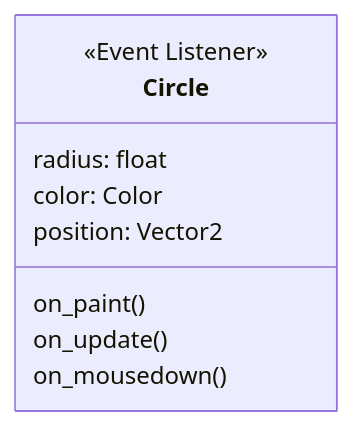
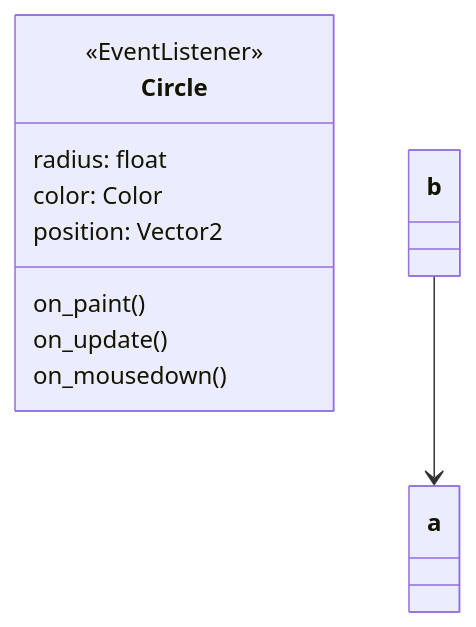
Before and after one commit to tank-king/katagames-docs: the diagram in clicker-game-new/game state.md, drawn with Mermaid. The commit also changed other lines of this file, not shown here.

````diff
--- a/clicker-game-new/game state.md
+++ b/clicker-game-new/game state.md
@@ -79,16 +86,18 @@
 ```mermaid
 classDiagram
-    Circle
+Circle
 
-    class Circle{
-        <<Event Listener>>
-        radius: float
-        color: Color
-        position: Vector2
-        
-        on_paint()
-        on_update()
-        on_mousedown()
+class Circle{
+<<EventListener>>
+radius: float
+color: Color
+position: Vector2
+
+on_paint()
+on_update()
+on_mousedown()
     }
 
+flowchart LR
+b --> a
 ```
````
